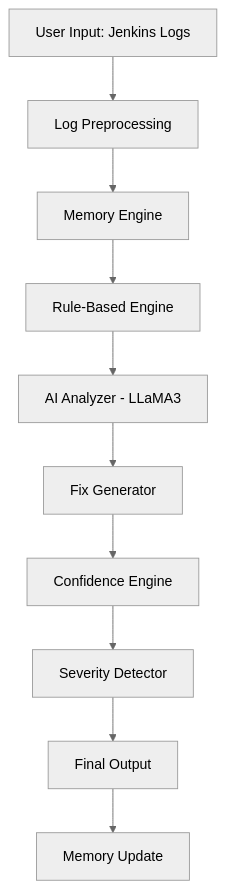
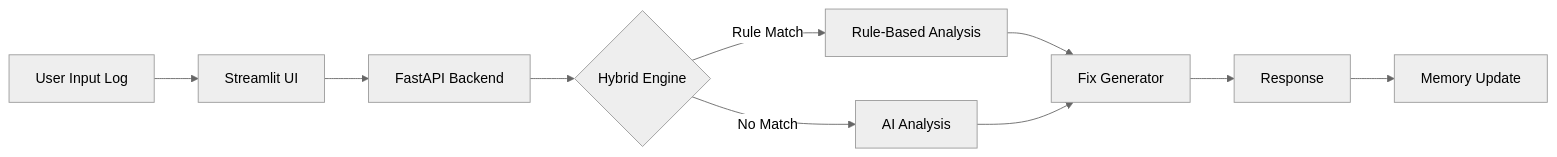
Before and after one commit to Gagan9075/H2H-404ERROR--AI-Powered-Jenkins-Pipeline-Analyzer-and-Self-Healing-DevOps-Agent: the first of 2 diagrams in README.md, drawn with Mermaid (neutral theme). The commit also changed other lines of this file and 3 other files, not shown here.

First line of the commit message:
feat: add dynamic README with table of contents and production architecture details

````diff
--- a/README.md
+++ b/README.md
@@ -65,12 +51,12 @@
 ```mermaid
-flowchart TD
-    A[User Input: Jenkins Logs] --> B[Log Preprocessing]
-    B --> C[Memory Engine]
-    C --> D[Rule-Based Engine]
-    D --> E[AI Analyzer - LLaMA3]
-    E --> F[Fix Generator]
-    F --> G[Confidence Engine]
-    G --> H[Severity Detector]
-    H --> I[Final Output]
-    I --> J[Memory Update]
+flowchart LR
+    A[User Input Log] --> B[Streamlit UI]
+    B --> C[FastAPI Backend]
+    C --> D{Hybrid Engine}
+    D -->|Rule Match| E[Rule-Based Analysis]
+    D -->|No Match| F[AI Analysis]
+    E --> G[Fix Generator]
+    F --> G
+    G --> H[Response]
+    H --> I[Memory Update]
 ```
````
